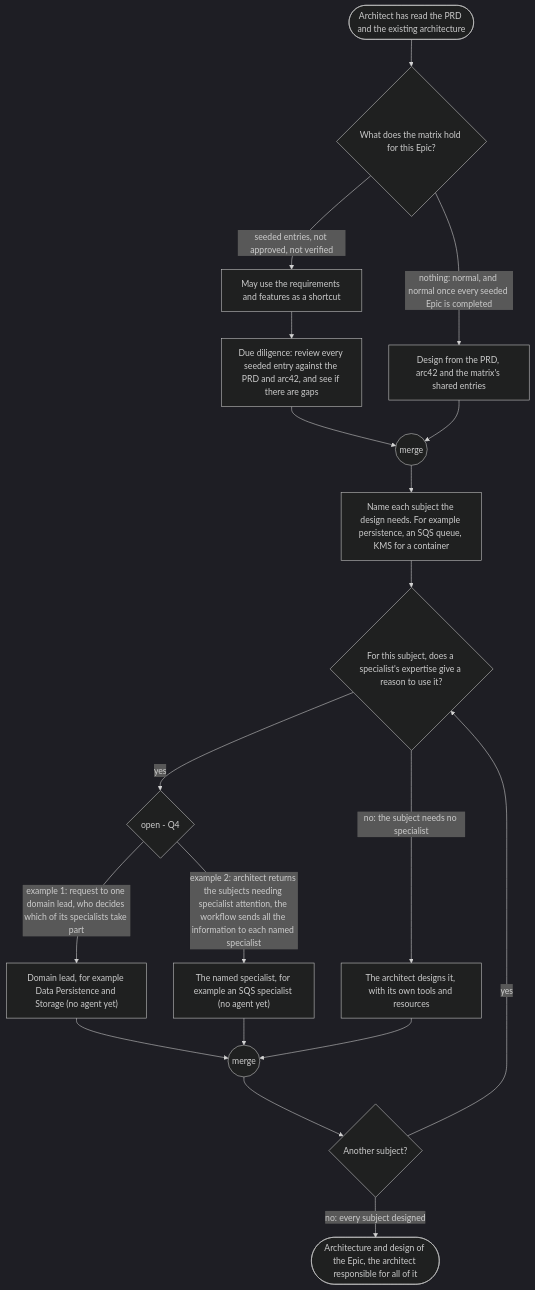
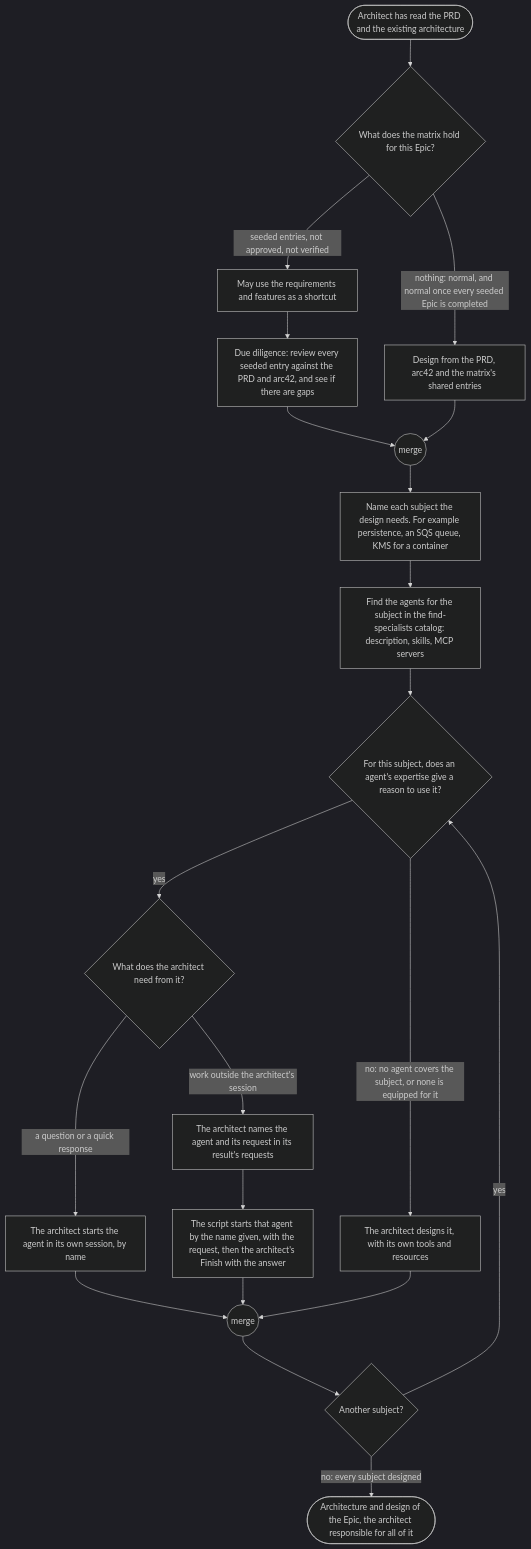
Before and after one commit to mark-satterfield/toolset: the third of 8 diagrams in plugins/agent-teams-workforce/blueprint/design/pipelines-elaboration.md, drawn with Mermaid (dark theme). The commit also changed other lines of this file and 36 other files, not shown here.

First line of the commit message:
feat(agent-teams-workforce): the architect chooses specialists from a catalog and names them in its result

````diff
--- a/plugins/agent-teams-workforce/blueprint/design/pipelines-elaboration.md
+++ b/plugins/agent-teams-workforce/blueprint/design/pipelines-elaboration.md
@@ -255,21 +262,23 @@
 ```mermaid
 flowchart TD
     s(["Architect has read the PRD and the existing architecture"]) --> q1{"What does the matrix hold for this Epic?"}
     q1 -->|"nothing: normal, and normal once every seeded Epic is completed"| fresh["Design from the PRD, arc42 and the matrix's shared entries"]
     q1 -->|"seeded entries, not approved, not verified"| short["May use the requirements and features as a shortcut"]
     short --> dd["Due diligence: review every seeded entry against the PRD and arc42, and see if there are gaps"]
     dd --> m1(("merge"))
     fresh --> m1
     m1 --> subj["Name each subject the design needs. For example persistence, an SQS queue, KMS for a container"]
-    subj --> q2{"For this subject, does a specialist's expertise give a reason to use it?"}
-    q2 -->|"yes"| how{"open - Q4"}
-    how -->|"example 1: request to one domain lead, who decides which of its specialists take part"| lead["Domain lead, for example Data Persistence and Storage (no agent yet)"]
-    how -->|"example 2: architect returns the subjects needing specialist attention, the workflow sends all the information to each named specialist"| direct["The named specialist, for example an SQS specialist (no agent yet)"]
-    q2 -->|"no: the subject needs no specialist"| self["The architect designs it, with its own tools and resources"]
-    lead --> m2(("merge"))
-    direct --> m2
+    subj --> cat["Find the agents for the subject in the find-specialists catalog: description, skills, MCP servers"]
+    cat --> q2{"For this subject, does an agent's expertise give a reason to use it?"}
+    q2 -->|"yes"| how{"What does the architect need from it?"}
+    how -->|"a question or a quick response"| ask["The architect starts the agent in its own session, by name"]
+    how -->|"work outside the architect's session"| req["The architect names the agent and its request in its result's requests"]
+    req --> route["The script starts that agent by the name given, with the request, then the architect's Finish with the answer"]
+    q2 -->|"no: no agent covers the subject, or none is equipped for it"| self["The architect designs it, with its own tools and resources"]
+    ask --> m2(("merge"))
+    route --> m2
     self --> m2
     m2 --> more{"Another subject?"}
     more -->|"yes"| q2
     more -->|"no: every subject designed"| out(["Architecture and design of the Epic, the architect responsible for all of it"])
 ```
````
